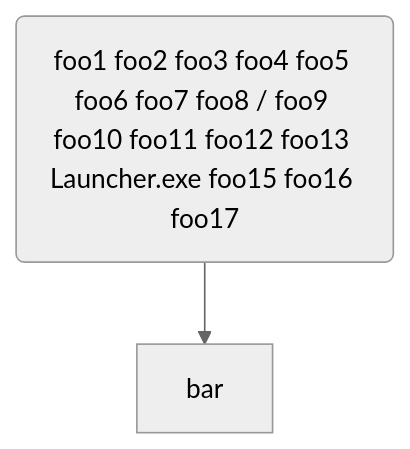
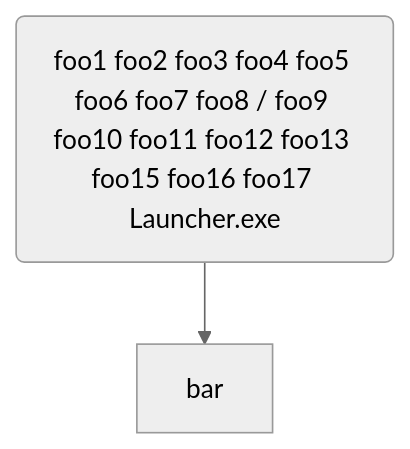
One commit to funjobie/OpenSwordArtsVR changed diagram 15 of 16 in sandbox/MerMaid_diagram_integration.md. Above: the diagram before and after it, drawn with Mermaid (neutral theme). The commit also changed other lines of this file, not shown here.

Commit message:
refine troubleshooting example

````diff
--- a/sandbox/MerMaid_diagram_integration.md
+++ b/sandbox/MerMaid_diagram_integration.md
@@ -200,4 +200,4 @@
 ```mermaid
 flowchart TD
-    foo("foo1 foo2 foo3 foo4 foo5 foo6 foo7 foo8 / foo9 foo10 foo11 foo12 foo13 Launcher.exe foo15 foo16 foo17") --> bar
+    foo("foo1 foo2 foo3 foo4 foo5 foo6 foo7 foo8 / foo9 foo10 foo11 foo12 foo13 foo15 foo16 foo17 Launcher.exe") --> bar
 ```
````
